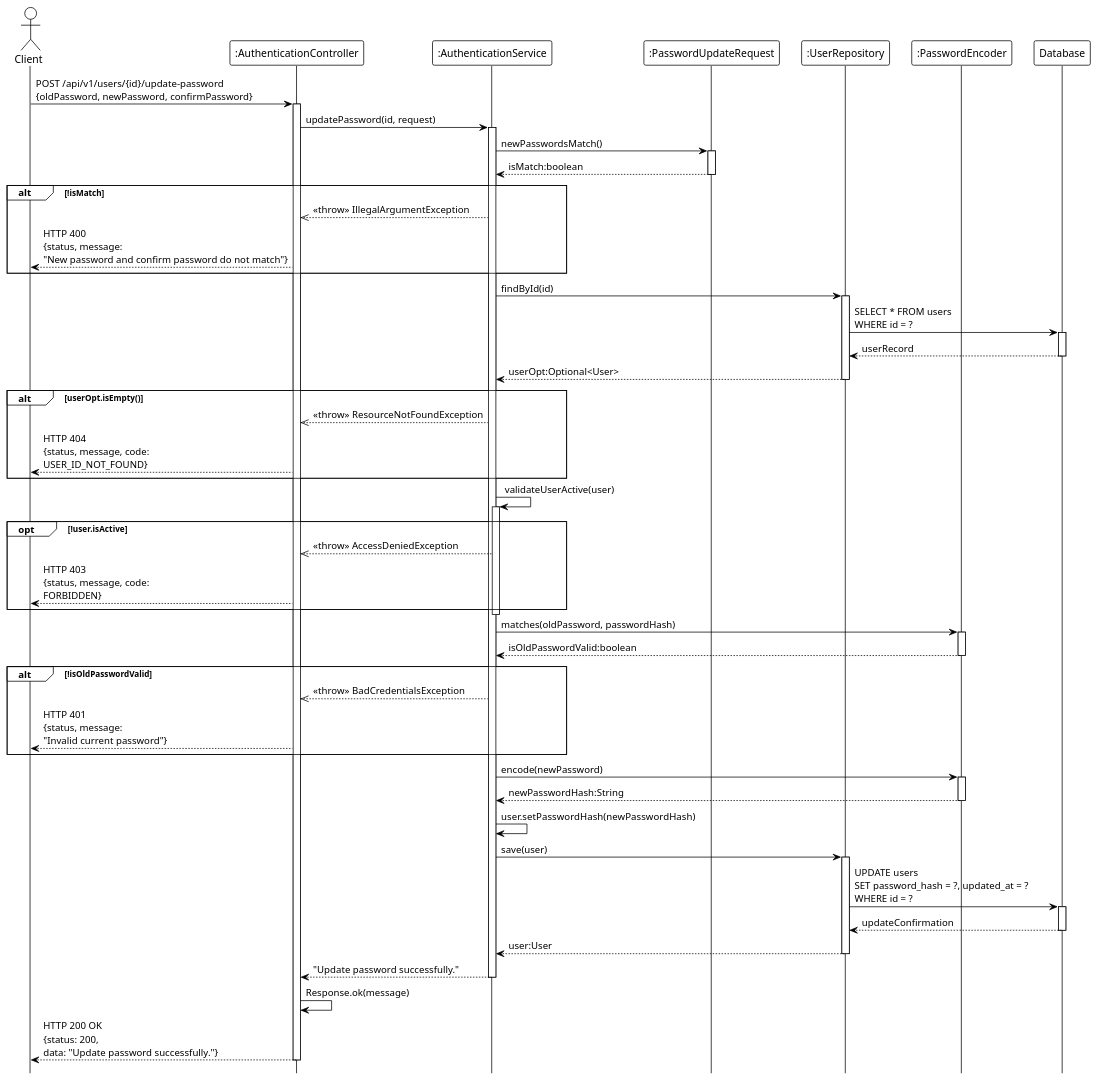
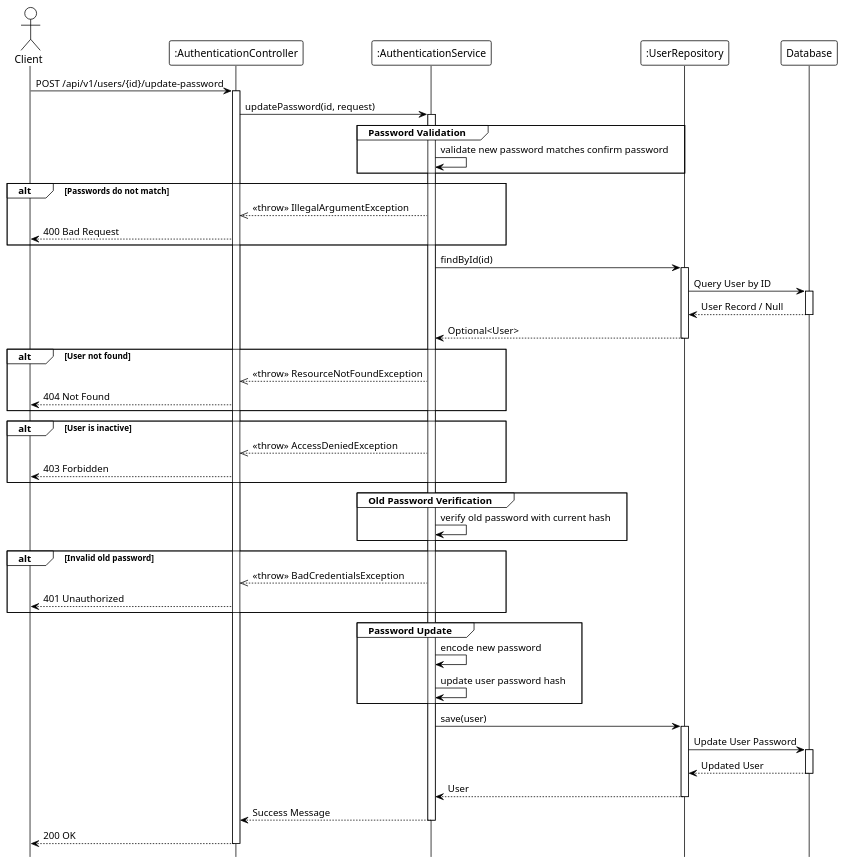
Before and after one commit to Ndh474/context: the diagram in system_detailed_design/03_change_password/sequence_diagram_change_password.puml, drawn with PlantUML. The commit also changed 6 other files, not shown here.

Commit message:
refactor(diagrams): standardize diagram names and improve class/sequence diagrams for authentication flows

```diff
--- a/system_detailed_design/03_change_password/sequence_diagram_change_password.puml
+++ b/system_detailed_design/03_change_password/sequence_diagram_change_password.puml
@@ -1,90 +1,84 @@
-@startuml Change Password
+@startuml change_password
 !theme plain
 hide footbox
 
 actor Client
 participant ":AuthenticationController" as Controller
 participant ":AuthenticationService" as Service
-participant ":PasswordUpdateRequest" as Request
 participant ":UserRepository" as Repository
-participant ":PasswordEncoder" as Encoder
 participant "Database" as DB
 
-Client -> Controller: POST /api/v1/users/{id}/update-password\n{oldPassword, newPassword, confirmPassword}
+' --- MAIN FLOW ---
+Client -> Controller: POST /api/v1/users/{id}/update-password
 activate Controller
 
 Controller -> Service: updatePassword(id, request)
 activate Service
 
-Service -> Request: newPasswordsMatch()
-activate Request
-Request --> Service: isMatch:boolean
-deactivate Request
-
-alt !isMatch
-    Service -->> Controller: <<throw>> IllegalArgumentException
-    Controller --> Client: HTTP 400\n{status, message:\n"New password and confirm password do not match"}
+' --- INPUT VALIDATION ---
+group Password Validation
+    Service -> Service: validate new password matches confirm password
 end
 
+alt Passwords do not match
+    Service -->> Controller: <<throw>> IllegalArgumentException
+    Controller --> Client: 400 Bad Request
+end
+
+' --- USER LOOKUP ---
 Service -> Repository: findById(id)
 activate Repository
 
-Repository -> DB: SELECT * FROM users\nWHERE id = ?
+Repository -> DB: Query User by ID
 activate DB
-DB --> Repository: userRecord
+DB --> Repository: User Record / Null
 deactivate DB
 
-Repository --> Service: userOpt:Optional<User>
+Repository --> Service: Optional<User>
 deactivate Repository
 
-alt userOpt.isEmpty()
+' --- VALIDATION LOGIC ---
+alt User not found
     Service -->> Controller: <<throw>> ResourceNotFoundException
-    Controller --> Client: HTTP 404\n{status, message, code:\nUSER_ID_NOT_FOUND}
+    Controller --> Client: 404 Not Found
 end
 
-Service -> Service: validateUserActive(user)
-activate Service
-
-opt !user.isActive
+alt User is inactive
     Service -->> Controller: <<throw>> AccessDeniedException
-    Controller --> Client: HTTP 403\n{status, message, code:\nFORBIDDEN}
+    Controller --> Client: 403 Forbidden
 end
 
-deactivate Service
-
-Service -> Encoder: matches(oldPassword, passwordHash)
-activate Encoder
-Encoder --> Service: isOldPasswordValid:boolean
-deactivate Encoder
-
-alt !isOldPasswordValid
-    Service -->> Controller: <<throw>> BadCredentialsException
-    Controller --> Client: HTTP 401\n{status, message:\n"Invalid current password"}
+' --- OLD PASSWORD VERIFICATION ---
+group Old Password Verification
+    Service -> Service: verify old password with current hash
 end
 
-Service -> Encoder: encode(newPassword)
-activate Encoder
-Encoder --> Service: newPasswordHash:String
-deactivate Encoder
+alt Invalid old password
+    Service -->> Controller: <<throw>> BadCredentialsException
+    Controller --> Client: 401 Unauthorized
+end
 
-Service -> Service: user.setPasswordHash(newPasswordHash)
+' --- PASSWORD UPDATE ---
+group Password Update
+    Service -> Service: encode new password
+    Service -> Service: update user password hash
+end
 
 Service -> Repository: save(user)
 activate Repository
 
-Repository -> DB: UPDATE users\nSET password_hash = ?, updated_at = ?\nWHERE id = ?
+Repository -> DB: Update User Password
 activate DB
-DB --> Repository: updateConfirmation
+DB --> Repository: Updated User
 deactivate DB
 
-Repository --> Service: user:User
+Repository --> Service: User
 deactivate Repository
 
-Service --> Controller: "Update password successfully."
+Service --> Controller: Success Message
 deactivate Service
 
-Controller -> Controller: Response.ok(message)
-Controller --> Client: HTTP 200 OK\n{status: 200,\ndata: "Update password successfully."}
+Controller --> Client: 200 OK
 deactivate Controller
 
 @enduml
```
